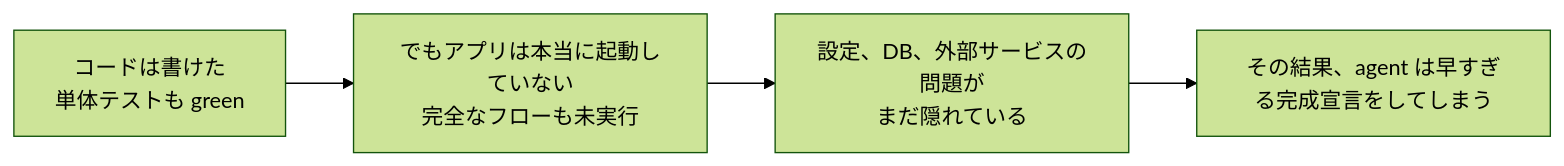
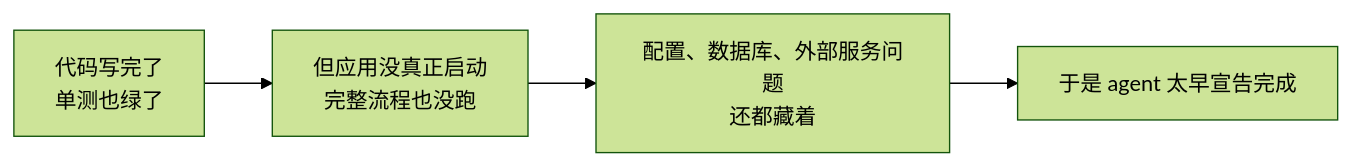
Before and after one commit to mkusaka/learn-harness-engineering: the second of 2 diagrams in docs/zh/lectures/lecture-09-why-agents-declare-victory-too-early/index.md, drawn with Mermaid (forest theme). The commit also changed other lines of this file and 684 other files, not shown here.

````diff
--- a/docs/zh/lectures/lecture-09-why-agents-declare-victory-too-early/index.md
+++ b/docs/zh/lectures/lecture-09-why-agents-declare-victory-too-early/index.md
@@ -30,6 +30,6 @@
 ```mermaid
 flowchart LR
-    A["コードは書けた<br/>単体テストも green"] --> B["でもアプリは本当に起動していない<br/>完全なフローも未実行"]
-    B --> C["設定、DB、外部サービスの問題が<br/>まだ隠れている"]
-    C --> D["その結果、agent は早すぎる完成宣言をしてしまう"]
+    A["代码写完了<br/>单测也绿了"] --> B["但应用没真正启动<br/>完整流程也没跑"]
+    B --> C["配置、数据库、外部服务问题<br/>还都藏着"]
+    C --> D["于是 agent 太早宣告完成"]
 ```
````
